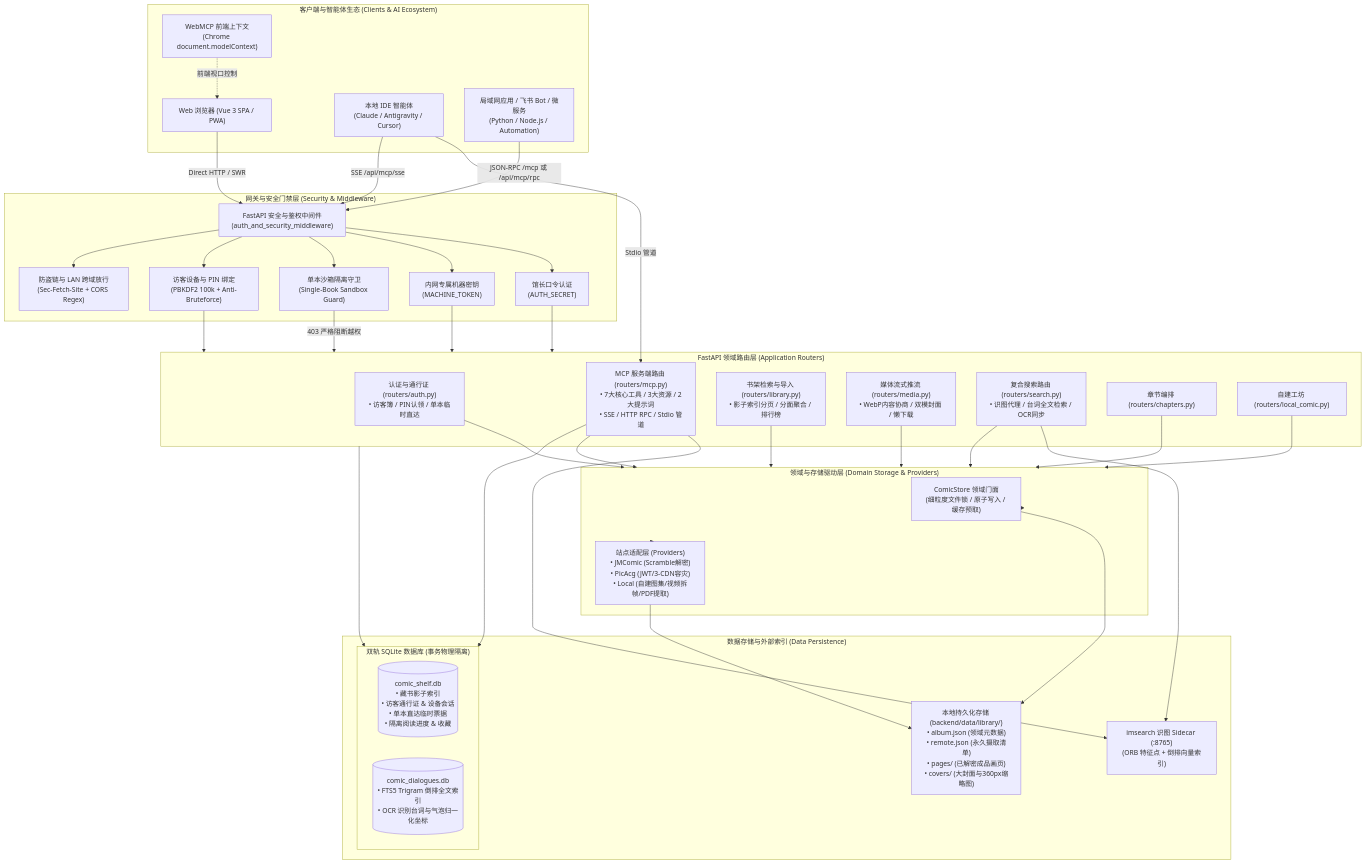
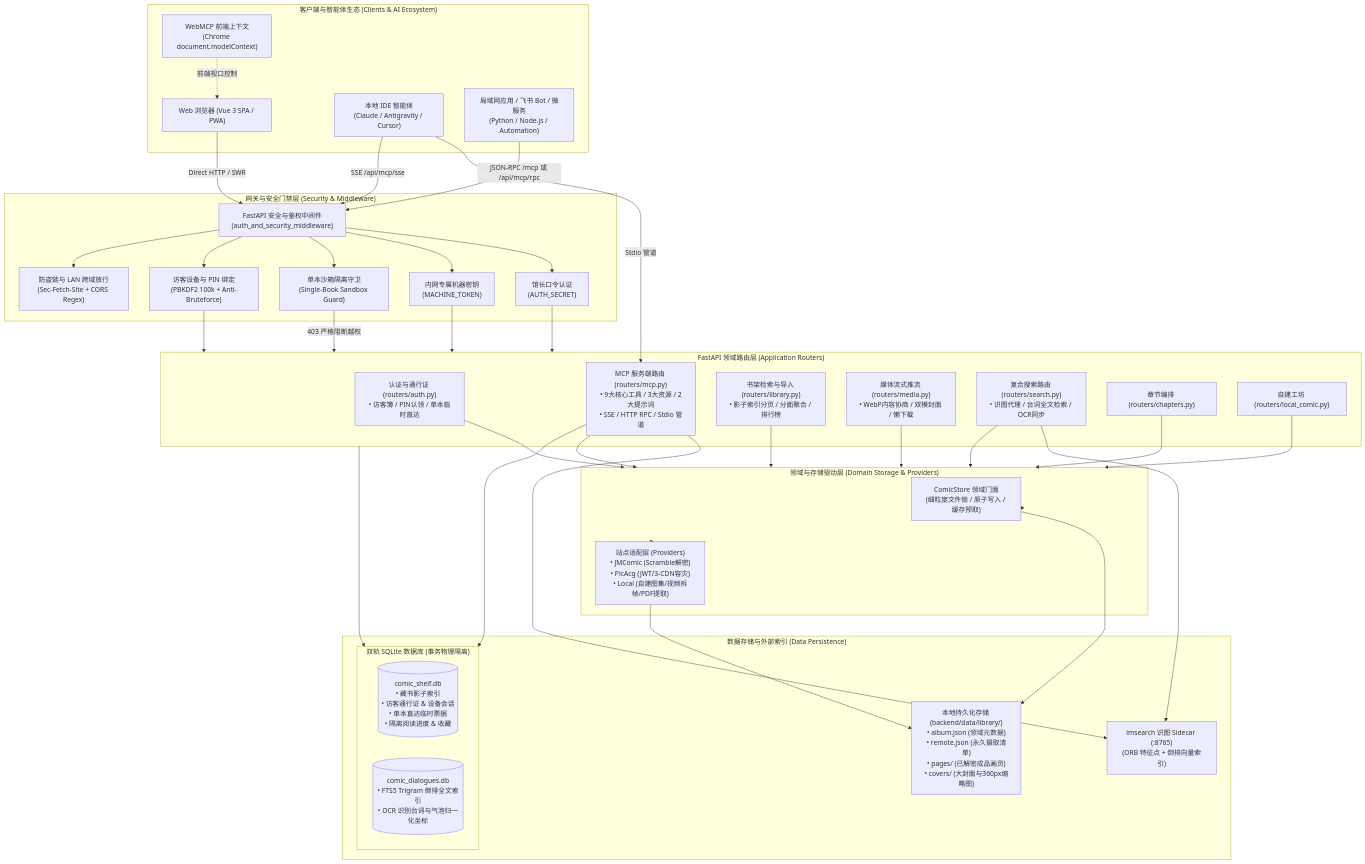
The diagram in docs/agents/architecture.md (lhvision/comic-shelf), drawn with Mermaid before and after one commit. The commit also changed other lines of this file and 4 other files, not shown here.

````diff
--- a/docs/agents/architecture.md
+++ b/docs/agents/architecture.md
@@ -30,77 +30,77 @@
 ```mermaid
 flowchart TD
     subgraph Clients["客户端与智能体生态 (Clients & AI Ecosystem)"]
         WebUI["Web 浏览器 (Vue 3 SPA / PWA)"]
         WebMCP["WebMCP 前端上下文<br/>(Chrome document.modelContext)"]
         LocalAgent["本地 IDE 智能体<br/>(Claude / Antigravity / Cursor)"]
         LanBots["局域网应用 / 飞书 Bot / 微服务<br/>(Python / Node.js / Automation)"]
     end
 
     subgraph Gateway["网关与安全门禁层 (Security & Middleware)"]
         AuthMiddleware["FastAPI 安全与鉴权中间件<br/>(auth_and_security_middleware)"]
         CuratorAuth["馆长口令认证<br/>(AUTH_SECRET)"]
         MachineAuth["内网专属机器密钥<br/>(MACHINE_TOKEN)"]
         SandboxGuard["单本沙箱隔离守卫<br/>(Single-Book Sandbox Guard)"]
         GuestDevice["访客设备与 PIN 绑定<br/>(PBKDF2 100k + Anti-Bruteforce)"]
         Hotlink["防盗链与 LAN 跨域放行<br/>(Sec-Fetch-Site + CORS Regex)"]
     end
 
     subgraph AppLayer["FastAPI 领域路由层 (Application Routers)"]
-        MCPServer["MCP 服务端路由 (routers/mcp.py)<br/>• 7大核心工具 / 3大资源 / 2大提示词<br/>• SSE / HTTP RPC / Stdio 管道"]
+        MCPServer["MCP 服务端路由 (routers/mcp.py)<br/>• 9大核心工具 / 3大资源 / 2大提示词<br/>• SSE / HTTP RPC / Stdio 管道"]
         AuthRouter["认证与通行证 (routers/auth.py)<br/>• 访客簿 / PIN认领 / 单本临时直达"]
         LibraryRouter["书架检索与导入 (routers/library.py)<br/>• 影子索引分页 / 分面聚合 / 排行榜"]
         MediaRouter["媒体流式推流 (routers/media.py)<br/>• WebP内容协商 / 双模封面 / 懒下载"]
         SearchRouter["复合搜索路由 (routers/search.py)<br/>• 识图代理 / 台词全文检索 / OCR同步"]
         ChaptersRouter["章节编排 (routers/chapters.py)"]
         LocalRouter["自建工坊 (routers/local_comic.py)"]
     end
 
     subgraph Domain["领域与存储驱动层 (Domain Storage & Providers)"]
         ComicStore["ComicStore 领域门面<br/>(细粒度文件锁 / 原子写入 / 缓存预取)"]
         Providers["站点适配层 (Providers)<br/>• JMComic (Scramble解密)<br/>• PicAcg (JWT/3-CDN容灾)<br/>• Local (自建图集/视频拆帧/PDF提取)"]
     end
 
     subgraph Storage["数据存储与外部索引 (Data Persistence)"]
         subgraph Databases["双轨 SQLite 数据库 (事务物理隔离)"]
             MainDB[("comic_shelf.db<br/>• 藏书影子索引<br/>• 访客通行证 & 设备会话<br/>• 单本直达临时票据<br/>• 隔离阅读进度 & 收藏")]
             DiagDB[("comic_dialogues.db<br/>• FTS5 Trigram 倒排全文索引<br/>• OCR 识别台词与气泡归一化坐标")]
         end
         ImsearchSidecar["imsearch 识图 Sidecar (:8765)<br/>(ORB 特征点 + 倒排向量索引)"]
         DataDir["本地持久化存储 (backend/data/library/)<br/>• album.json (领域元数据)<br/>• remote.json (永久摄取清单)<br/>• pages/ (已解密成品画页)<br/>• covers/ (大封面与360px缩略图)"]
     end
 
     WebUI -->|Direct HTTP / SWR| AuthMiddleware
     WebMCP -.->|前端视口控制| WebUI
     LocalAgent -->|Stdio 管道| MCPServer
     LocalAgent -->|SSE /api/mcp/sse| AuthMiddleware
     LanBots -->|JSON-RPC /mcp 或 /api/mcp/rpc| AuthMiddleware
 
     AuthMiddleware --> CuratorAuth
     AuthMiddleware --> MachineAuth
     AuthMiddleware --> SandboxGuard
     AuthMiddleware --> GuestDevice
     AuthMiddleware --> Hotlink
 
     CuratorAuth --> AppLayer
     MachineAuth --> AppLayer
     SandboxGuard -->|403 严格阻断越权| AppLayer
     GuestDevice --> AppLayer
 
     MCPServer --> Domain
     AuthRouter --> Domain
     LibraryRouter --> Domain
     MediaRouter --> Domain
     SearchRouter --> Domain
     ChaptersRouter --> Domain
     LocalRouter --> Domain
 
     Domain --> ComicStore
     Domain --> Providers
     Providers --> DataDir
     ComicStore --> DataDir
 
     AppLayer --> Databases
     SearchRouter --> ImsearchSidecar
     MCPServer --> Databases
     MCPServer --> ImsearchSidecar
 ```
````
